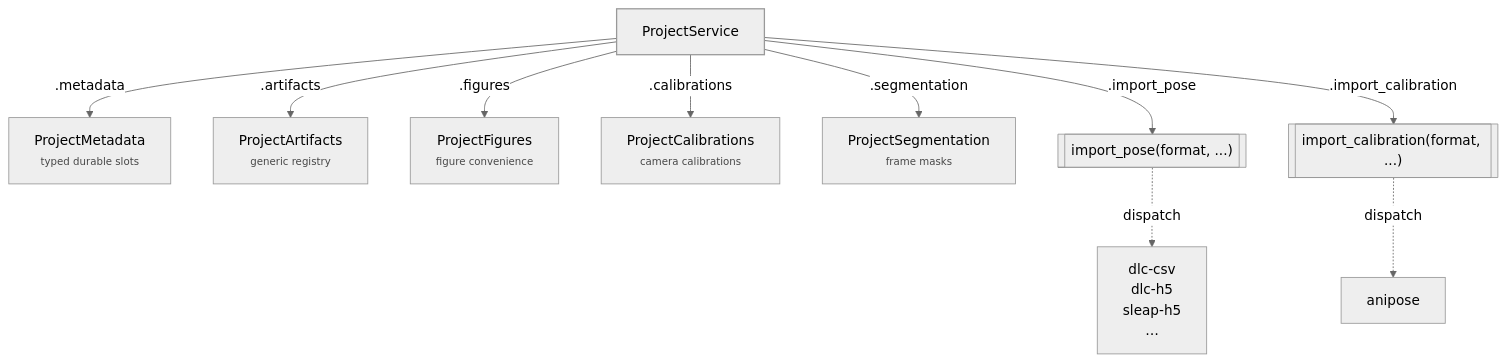
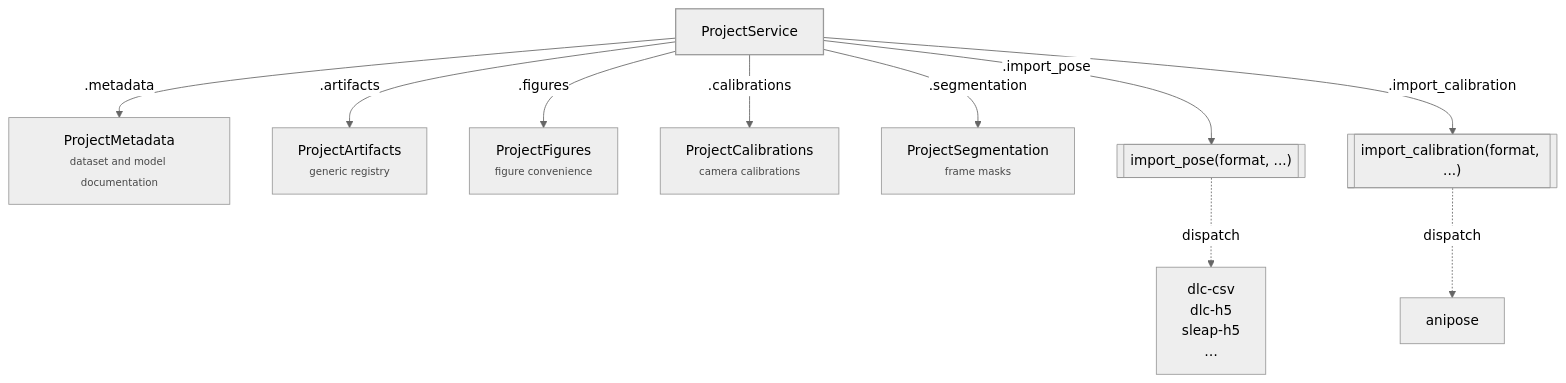
Before and after one commit to Alfredo-Sandoval/exp-pkg: the first of 2 diagrams in docs/api/services.md, drawn with Mermaid (neutral theme). The commit also changed other lines of this file and 81 other files, not shown here.

````diff
--- a/docs/api/services.md
+++ b/docs/api/services.md
@@ -9,17 +9,17 @@
 ```mermaid
 flowchart TD
     svc["ProjectService"]:::accent
 
-    svc -->|.metadata| meta["ProjectMetadata<br/><span style='font-size:0.75em;opacity:0.7'>typed durable slots</span>"]
+    svc -->|.metadata| meta["ProjectMetadata<br/><span style='font-size:0.75em;opacity:0.7'>dataset and model documentation</span>"]
     svc -->|.artifacts| arts["ProjectArtifacts<br/><span style='font-size:0.75em;opacity:0.7'>generic registry</span>"]
     svc -->|.figures| figs["ProjectFigures<br/><span style='font-size:0.75em;opacity:0.7'>figure convenience</span>"]
     svc -->|.calibrations| cals["ProjectCalibrations<br/><span style='font-size:0.75em;opacity:0.7'>camera calibrations</span>"]
     svc -->|.segmentation| segs["ProjectSegmentation<br/><span style='font-size:0.75em;opacity:0.7'>frame masks</span>"]
 
     svc -->|.import_pose| ipose[["import_pose(format, ...)"]]
     svc -->|.import_calibration| ical[["import_calibration(format, ...)"]]
     ipose -.dispatch.-> dlc["dlc-csv<br/>dlc-h5<br/>sleap-h5<br/>…"]
     ical -.dispatch.-> ani["anipose"]
 
     classDef accent stroke-width:1.5px;
 ```
````
